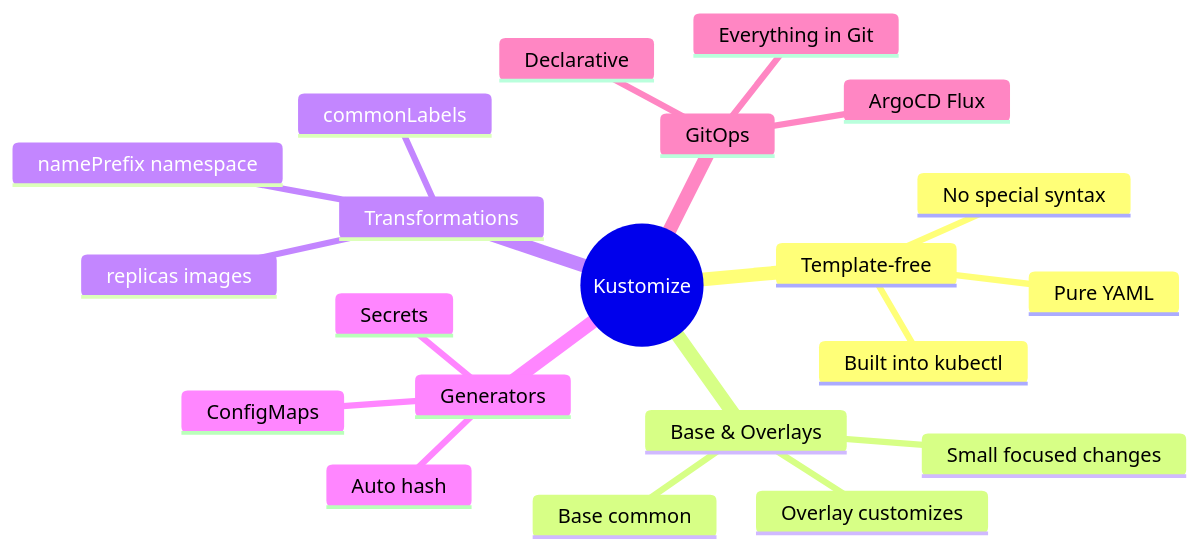
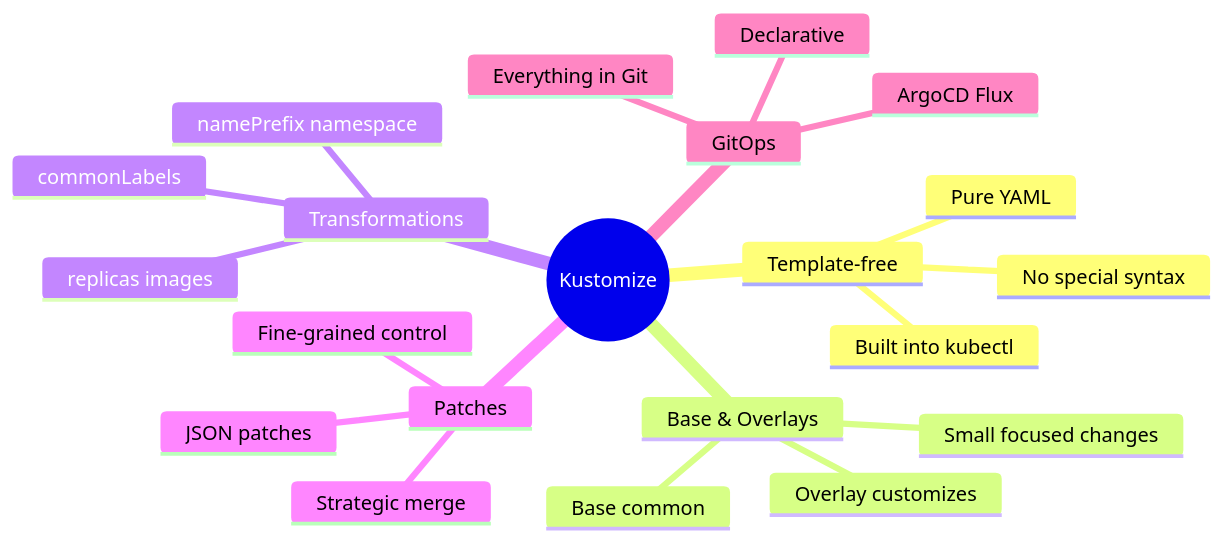
The ninth of 9 diagrams in slides/kustomize/slides.md (courselabs/kubernetes), drawn with Mermaid before and after one commit. The commit also changed other lines of this file and 5 other files, not shown here.

````diff
--- a/slides/kustomize/slides.md
+++ b/slides/kustomize/slides.md
@@ -623,24 +622,24 @@
 ```mermaid
 mindmap
   root((Kustomize))
     Template-free
       Pure YAML
       No special syntax
       Built into kubectl
     Base & Overlays
       Base common
       Overlay customizes
       Small focused changes
     Transformations
       namePrefix namespace
       replicas images
       commonLabels
-    Generators
-      ConfigMaps
-      Secrets
-      Auto hash
+    Patches
+      Strategic merge
+      JSON patches
+      Fine-grained control
     GitOps
       Everything in Git
       ArgoCD Flux
       Declarative
 ```
````
